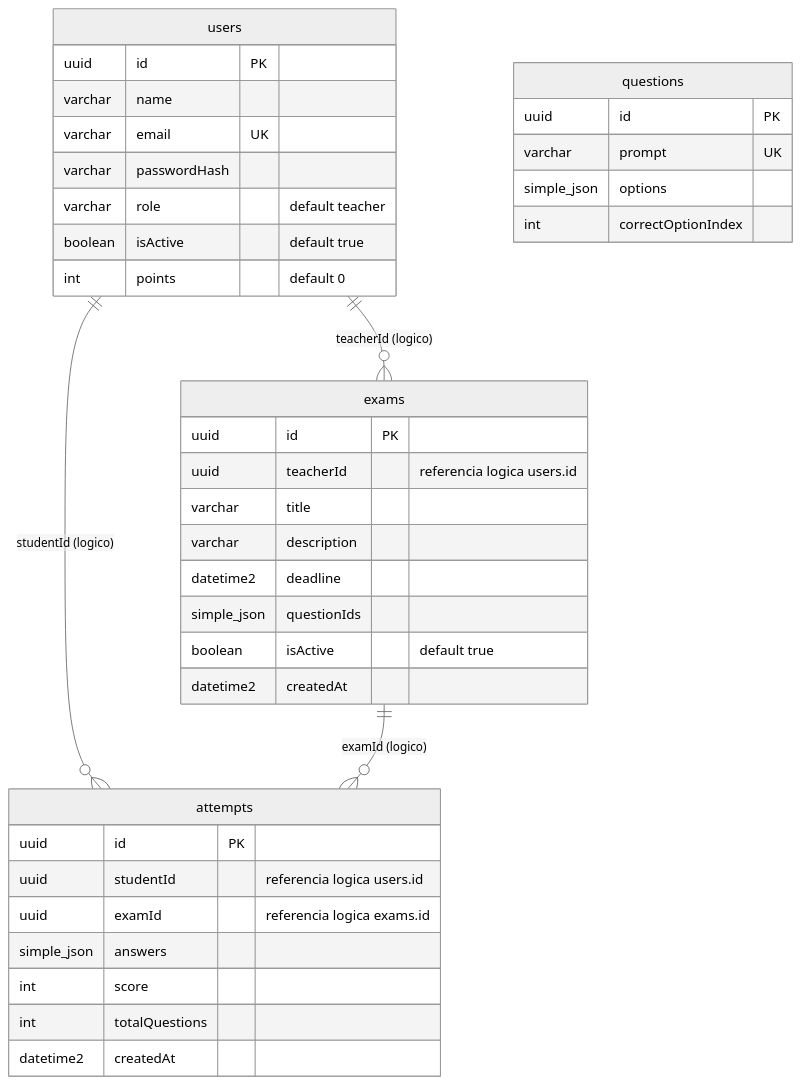
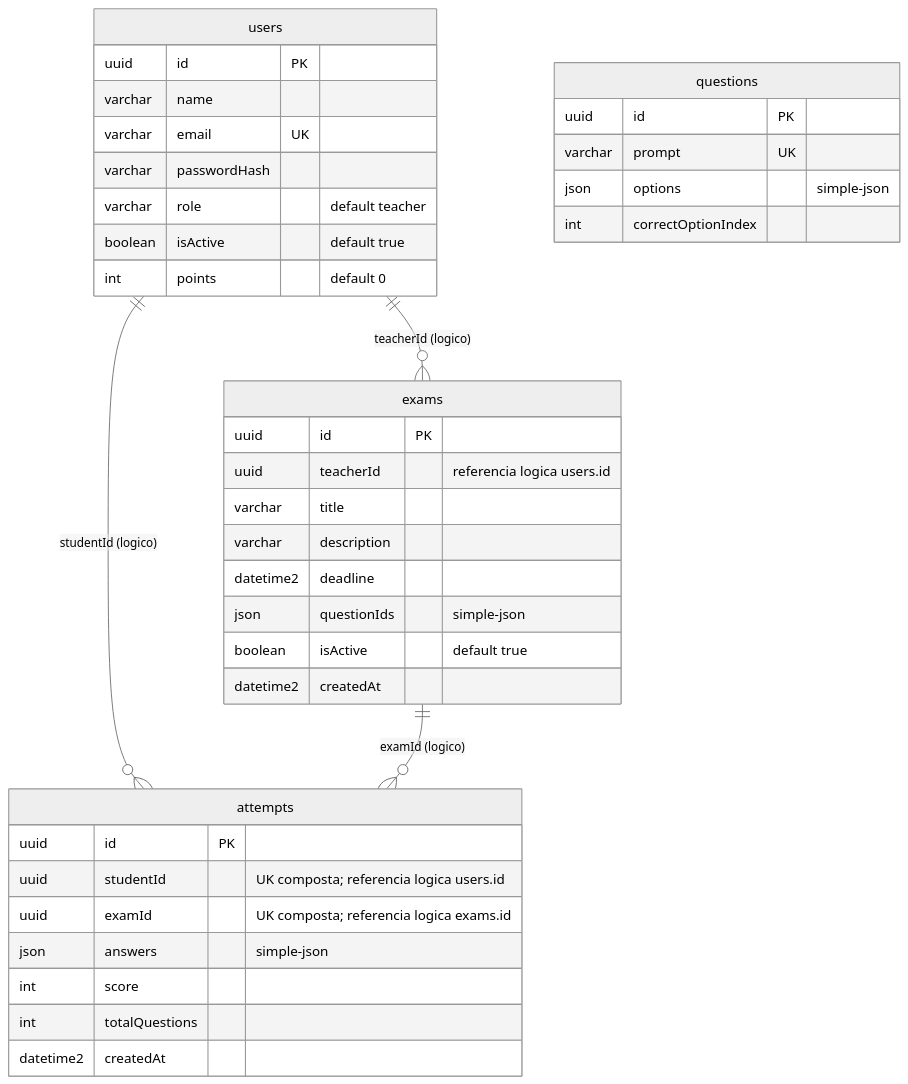
Before and after one commit to p-v-dev/PIM-IV: the diagram in docs/DER/DER.md, drawn with Mermaid (neutral theme). The commit also changed other lines of this file and 1 other file, not shown here.

Commit message:
Padroniza diagramas MER e DER

````diff
--- a/docs/DER/DER.md
+++ b/docs/DER/DER.md
@@ -5,44 +5,44 @@
 ```mermaid
 erDiagram
     users ||--o{ exams : "teacherId (logico)"
     users ||--o{ attempts : "studentId (logico)"
     exams ||--o{ attempts : "examId (logico)"
 
     users {
         uuid id PK
         varchar name
         varchar email UK
         varchar passwordHash
         varchar role "default teacher"
         boolean isActive "default true"
         int points "default 0"
     }
 
     questions {
         uuid id PK
         varchar prompt UK
-        simple_json options
+        json options "simple-json"
         int correctOptionIndex
     }
 
     exams {
         uuid id PK
         uuid teacherId "referencia logica users.id"
         varchar title
         varchar description
         datetime2 deadline
-        simple_json questionIds
+        json questionIds "simple-json"
         boolean isActive "default true"
         datetime2 createdAt
     }
 
     attempts {
         uuid id PK
-        uuid studentId "referencia logica users.id"
-        uuid examId "referencia logica exams.id"
-        simple_json answers
+        uuid studentId "UK composta; referencia logica users.id"
+        uuid examId "UK composta; referencia logica exams.id"
+        json answers "simple-json"
         int score
         int totalQuestions
         datetime2 createdAt
     }
 ```
````
